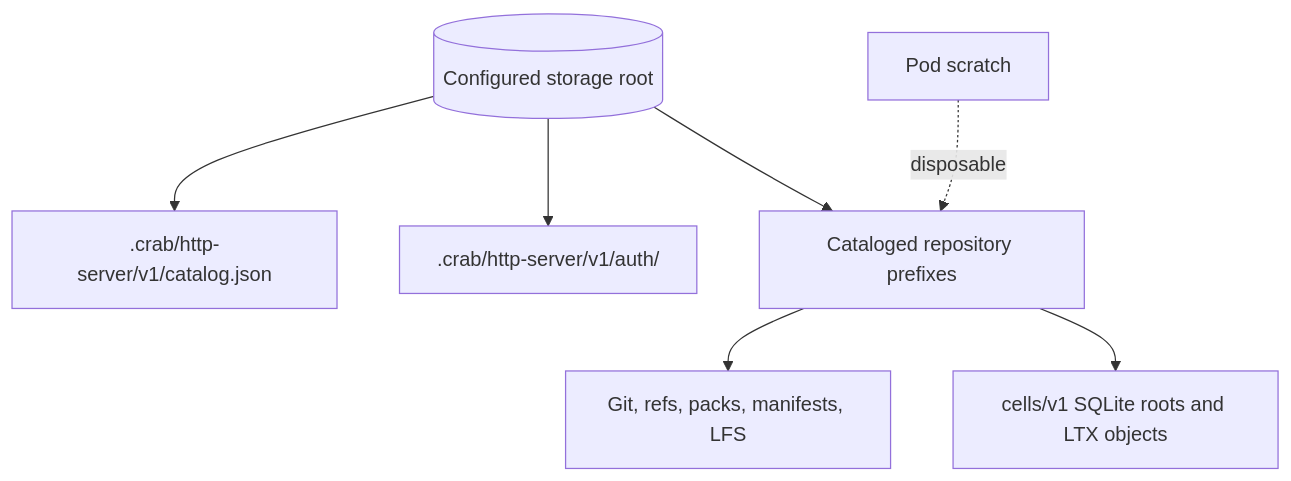
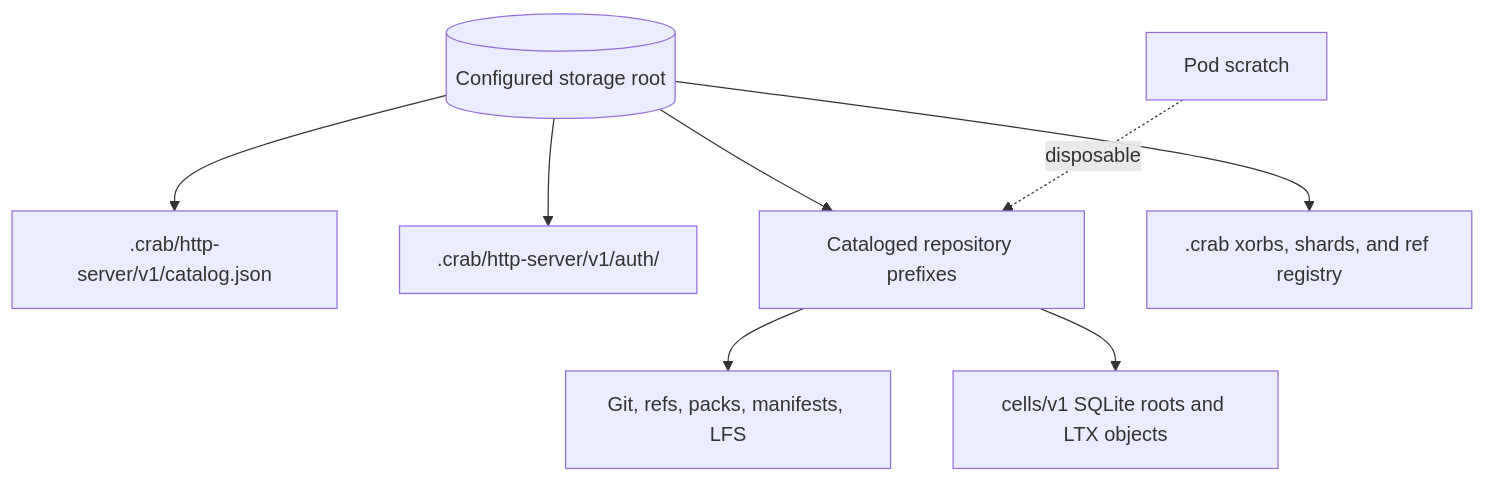
Before and after one commit to crabbuild/crab: the diagram in crates/crab-http-server/deploy/operations.md, drawn with Mermaid. The commit also changed other lines of this file and 6 other files, not shown here.

````diff
--- a/crates/crab-http-server/deploy/operations.md
+++ b/crates/crab-http-server/deploy/operations.md
@@ -14,15 +14,17 @@
 ```mermaid
 flowchart TB
     Root[(Configured storage root)]
     Catalog[.crab/http-server/v1/catalog.json]
     Auth[.crab/http-server/v1/auth/]
     Repositories[Cataloged repository prefixes]
+    Shared[.crab xorbs, shards, and ref registry]
     Git[Git, refs, packs, manifests, LFS]
     Cells[cells/v1 SQLite roots and LTX objects]
     Root --> Catalog
     Root --> Auth
     Root --> Repositories
+    Root --> Shared
     Repositories --> Git
     Repositories --> Cells
     Pod[Pod scratch] -. disposable .-> Repositories
 ```
````
